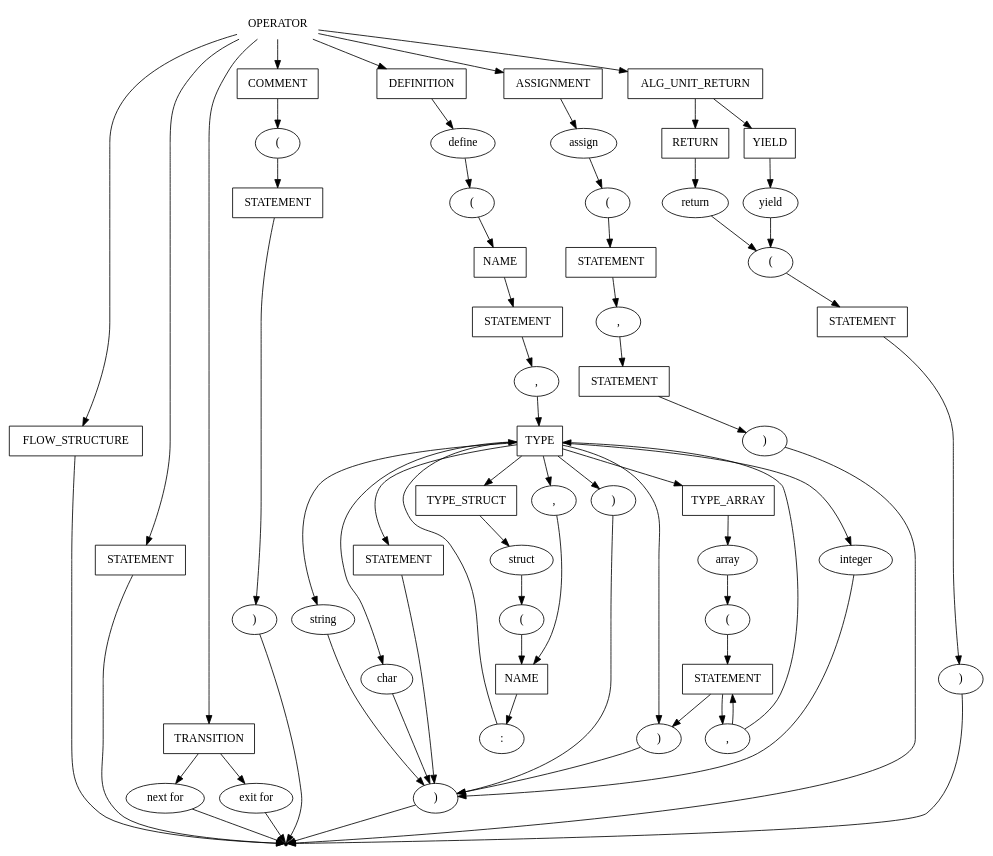
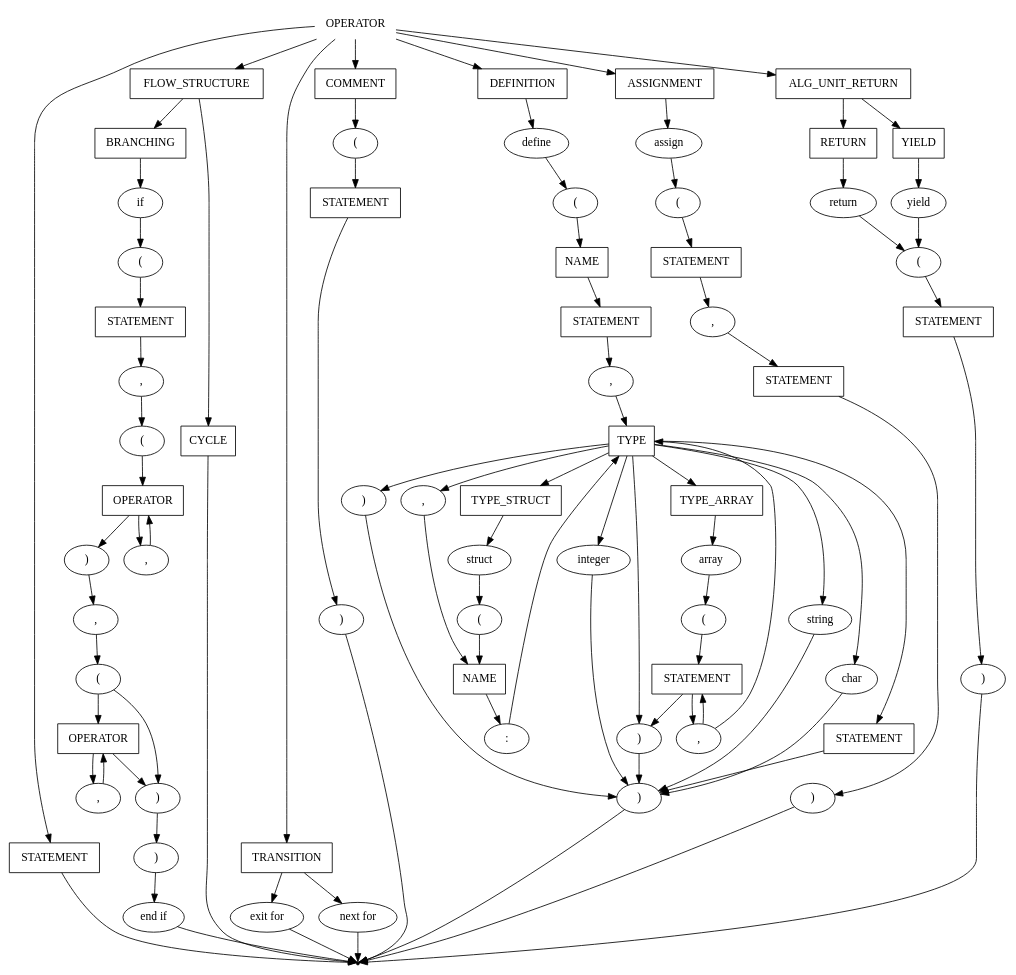
Before and after one commit to mshnschnko/ProMa: the diagram in src/CodeParser/pseudocode_examples/operator.gv, drawn with Graphviz. The commit also changed 4 other files, not shown here.

```diff
--- a/src/CodeParser/pseudocode_examples/operator.gv
+++ b/src/CodeParser/pseudocode_examples/operator.gv
@@ -1,146 +1,190 @@
 digraph OPERATOR {
     start [label=OPERATOR shape=plaintext]
     definition [label=DEFINITION shape=box]
     flow_structure [label=FLOW_STRUCTURE shape=box]
     alg_unit_return [label=ALG_UNIT_RETURN shape=box]
     assignment [label=ASSIGNMENT shape=box]
     statement [label=STATEMENT shape=box]
     transition [label=TRANSITION shape=box]
+
+    branching [label=BRANCHING shape=box]
+    cycle [label=CYCLE shape=box]
+
+    if [label=if shape=oval]
+    if_statement [label=STATEMENT shape=box]
+    if_oper_true [label=OPERATOR shape=box]
+    if_oper_else [label=OPERATOR shape=box]
+    if_open [label="(" shape=oval]
+    if_open_1 [label="(" shape=oval]
+    if_open_2 [label="(" shape=oval]
+    if_comma_true_1 [label="," shape=oval]
+    if_comma_true_2 [label="," shape=oval]
+    if_comma_else_1 [label="," shape=oval]
+    if_comma_else_2 [label="," shape=oval]
+    if_close [label=")" shape=oval]
+    if_close_1 [label=")" shape=oval]
+    if_close_2 [label=")" shape=oval]
+    end_if [label="end if" shape=oval]
 
     next_for [label="next for" shape=oval]
     exit_for [label="exit for" shape=oval]
 
     comment [label=COMMENT shape=box]
     comment_open [label="(" shape=oval]
     comment_close [label=")" shape=oval]
     comment_statement [label=STATEMENT shape=box]
 
     define [label=define shape=oval]
     define_open [label="(" shape=oval]
     define_var_name [label=NAME shape=box]
     define_name_statement [label=STATEMENT shape=box]
     define_comma [label="," shape=oval]
     define_type [label=TYPE shape=box]
     define_close [label=")" shape=oval]
 
     type_array [label=TYPE_ARRAY shape=box]
     type_struct [label=TYPE_STRUCT shape=box]
     int [label=integer shape=oval]
     str [label=string shape=oval]
     char [label=char shape=oval]
     type_statement [label=STATEMENT shape=box]
 
     array [label=array shape=oval]
     array_open [label="(" shape=oval]
     array_statement [label=STATEMENT shape=box]
     array_close [label=")" shape=oval]
     array_comma [label="," shape=oval]
 
     struct [label=struct shape=oval]
     struct_open [label="(" shape=oval]
     struct_name [label=NAME shape=box]
     struct_close [label=")" shape=oval]
     struct_comma [label="," shape=oval]
     struct_colon [label=":" shape=oval]
 
     assign [label=assign shape=oval]
     assign_open [label="(" shape=oval]
     assign_statement_left [label=STATEMENT shape=box]
     assign_comma [label="," shape=oval]
     assign_statement_right [label=STATEMENT shape=box]
     assign_close [label=")" shape=oval]
 
     return [label=RETURN shape=box]
     return_command [label="return" shape=oval]
     return_command_statement [label=STATEMENT shape=box]
     return_command_br_open [label="(" shape=oval]
     return_command_br_close [label=")" shape=oval]
 
     yield [label=YIELD shape=box]
     yield_command [label="yield" shape=oval]
 
     end [label="" shape=point]
 
     start -> definition
     start -> flow_structure
     start -> assignment
     start -> statement
     start -> transition
     start -> comment
     start -> alg_unit_return
 
     alg_unit_return -> return
     alg_unit_return -> yield
 
     return -> return_command
     return_command -> return_command_br_open
     return_command_br_open -> return_command_statement
     return_command_statement -> return_command_br_close
     return_command_br_close -> end
     
     yield -> yield_command
     yield_command -> return_command_br_open
 
-    flow_structure -> end
+    flow_structure -> branching
+    flow_structure -> cycle
+
+    branching -> if
+    if -> if_open
+    if_open -> if_statement
+    if_statement -> if_comma_true_1
+    if_comma_true_1 -> if_open_1
+    if_open_1 -> if_oper_true
+    if_oper_true -> if_comma_true_2
+    if_comma_true_2 -> if_oper_true
+    if_oper_true -> if_close_1
+    if_close_1 -> if_comma_else_1
+    if_comma_else_1 -> if_open_2
+    if_open_2 -> if_oper_else
+    if_open_2 -> if_close_2
+    if_oper_else -> if_comma_else_2
+    if_comma_else_2 -> if_oper_else
+    if_oper_else -> if_close_2
+    if_close_2 -> if_close
+    if_close -> end_if
+    end_if -> end
+
+    cycle -> end
+
+
 
     assignment -> assign
     assign -> assign_open
     assign_open -> assign_statement_left
     assign_statement_left -> assign_comma
     assign_comma -> assign_statement_right
     assign_statement_right -> assign_close
     assign_close -> end
 
     definition -> define
     define -> define_open
     define_open -> define_var_name
     define_var_name -> define_name_statement
     define_name_statement -> define_comma
     define_comma -> define_type
 
     define_type -> type_array
     define_type -> type_struct
     define_type -> int
     define_type -> str
     define_type -> char
     define_type -> type_statement
 
     type_array -> array
     array -> array_open
     array_open -> array_statement
     array_statement -> array_comma
     array_comma -> define_type
     array_comma -> array_statement
     define_type -> array_close
     array_statement -> array_close
     array_close -> define_close
 
     type_struct -> struct
     struct -> struct_open
     struct_open -> struct_name
     struct_name -> struct_colon
     struct_colon -> define_type
     define_type -> struct_comma
     struct_comma -> struct_name
     define_type -> struct_close
     struct_close -> define_close
 
     int -> define_close
     str -> define_close
     char -> define_close
     type_statement -> define_close
 
     define_close -> end
 
     statement -> end
 
     transition -> next_for
     transition -> exit_for
     next_for -> end
     exit_for -> end
 
     comment -> comment_open
     comment_open -> comment_statement
     comment_statement -> comment_close
     comment_close -> end
 }
```
